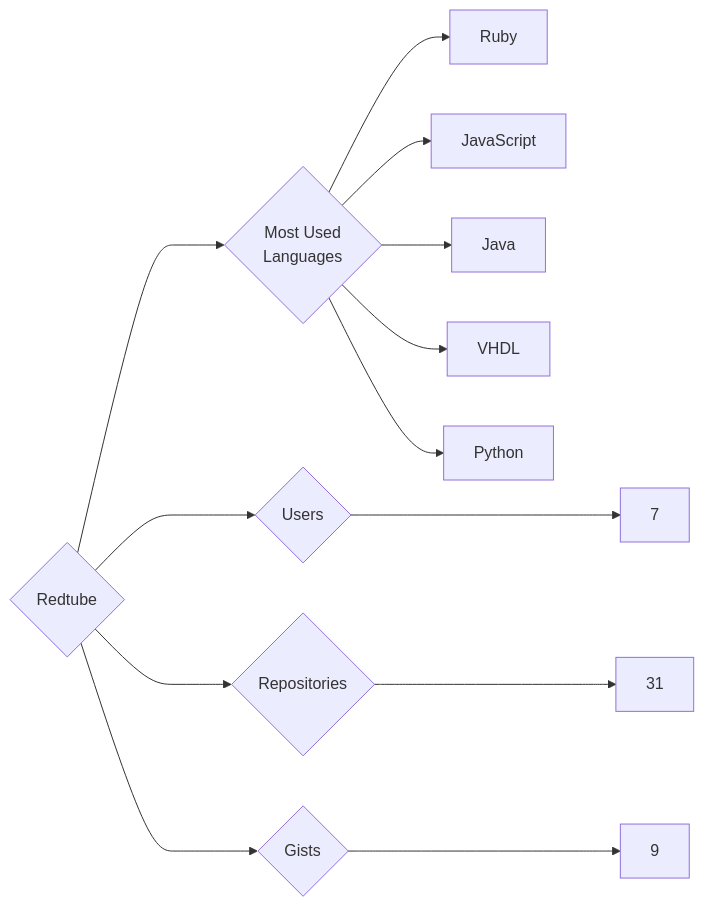
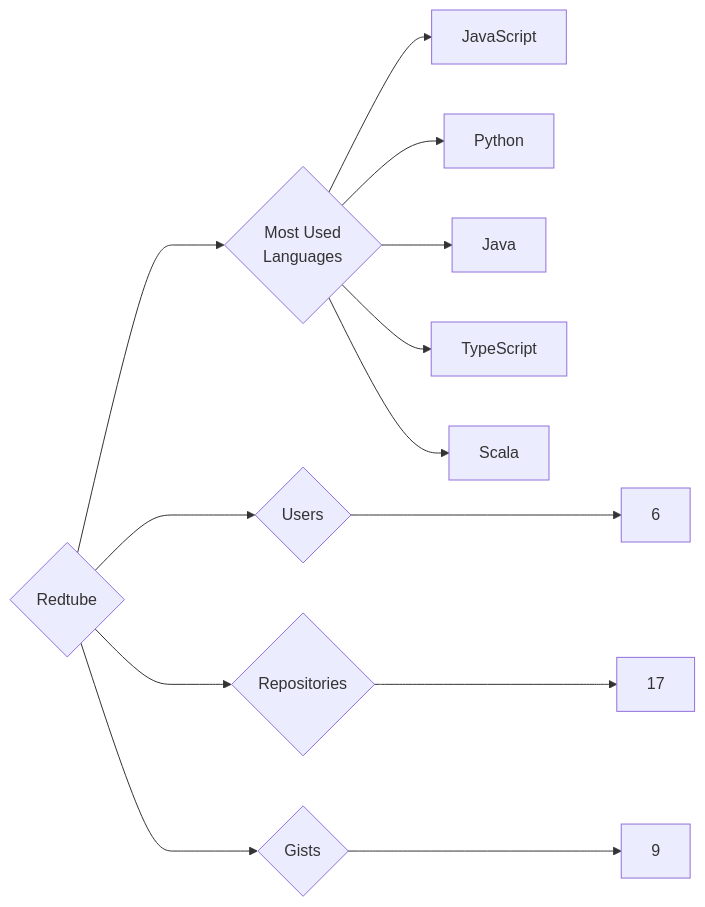
Before and after one commit to trickest/insiders: the diagram in targets/Redtube/README.md, drawn with Mermaid. The commit also changed 970 other files, not shown here.

````diff
--- a/targets/Redtube/README.md
+++ b/targets/Redtube/README.md
@@ -3,13 +3,13 @@
 ```mermaid
 graph LR
 COMPANY_NAME{Redtube}
-COMPANY_NAME ---> U{Users} ---> UN[7]
-COMPANY_NAME ---> R{Repositories} ---> RN[31]
+COMPANY_NAME ---> U{Users} ---> UN[6]
+COMPANY_NAME ---> R{Repositories} ---> RN[17]
 COMPANY_NAME ---> G{Gists} ---> GN[9]
 COMPANY_NAME ---> ML{Most Used<br>Languages}
-ML --> Ruby[Ruby]
 ML --> JavaScript[JavaScript]
+ML --> Python[Python]
 ML --> Java[Java]
-ML --> VHDL[VHDL]
-ML --> Python[Python]
+ML --> TypeScript[TypeScript]
+ML --> Scala[Scala]
 ```
````
